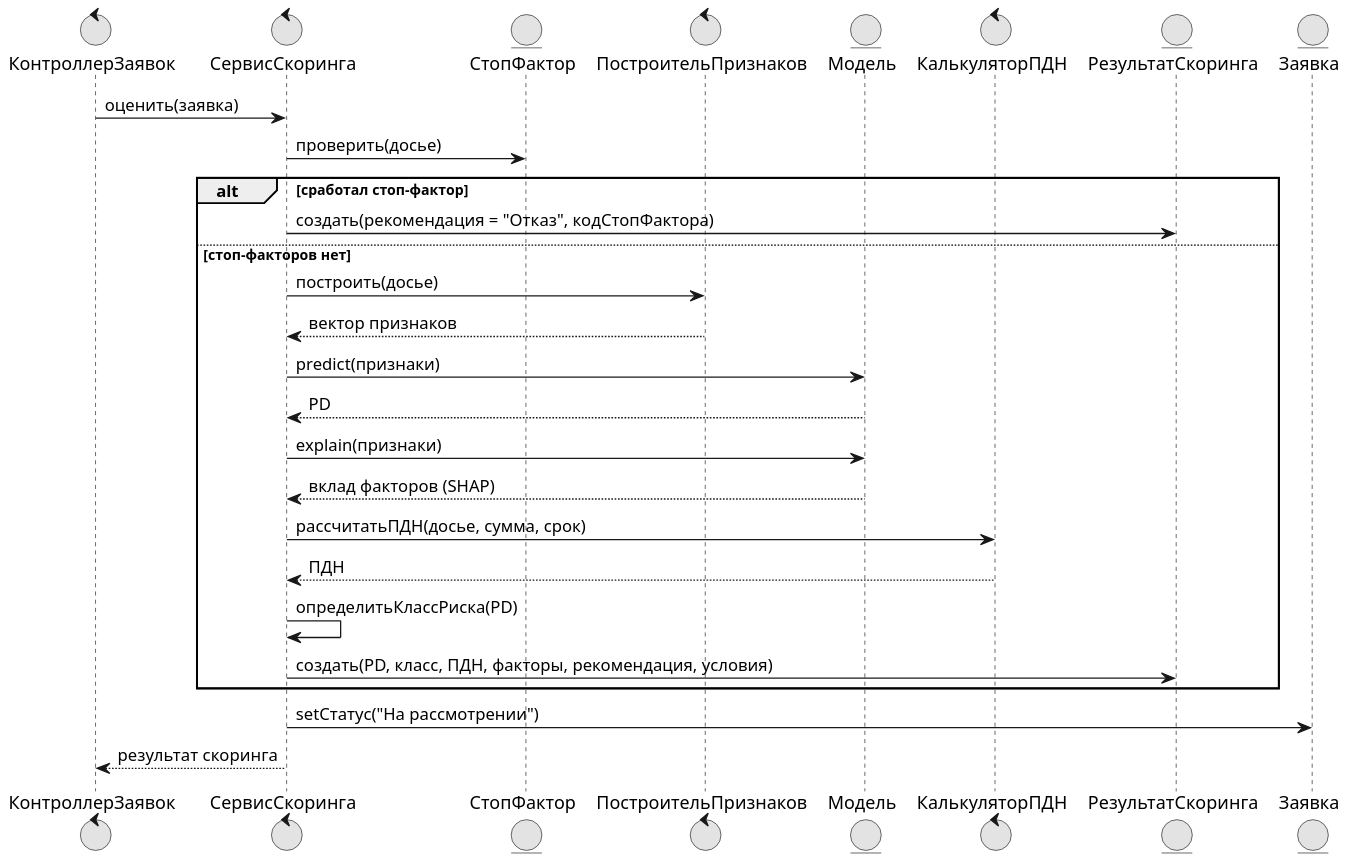
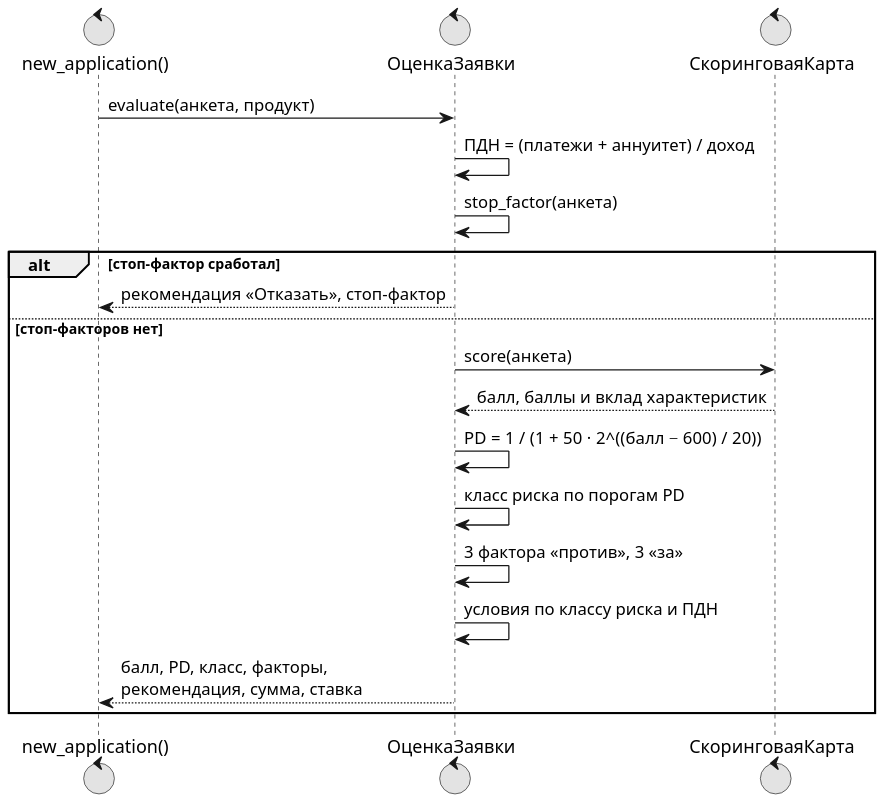
The diagram in diagrams/uml_seq_1.puml (DarkSwordman999/credit-scoring-dss), drawn with PlantUML before and after one commit. The commit also changed 51 other files, not shown here.

Commit message:
Отчёты ПР 1-10 и диаграммы пересобраны под базовую редакцию

```diff
--- a/diagrams/uml_seq_1.puml
+++ b/diagrams/uml_seq_1.puml
@@ -1,33 +1,24 @@
 @startuml
 !pragma layout smetana
 skinparam dpi 150
 skinparam defaultFontName Arial
 skinparam shadowing false
 skinparam monochrome true
-control "КонтроллерЗаявок" as C
-control "СервисСкоринга" as S
-entity "СтопФактор" as SF
-control "ПостроительПризнаков" as FB
-entity "Модель" as M
-control "КалькуляторПДН" as P
-entity "РезультатСкоринга" as R
-entity "Заявка" as AP
-C -> S : оценить(заявка)
-S -> SF : проверить(досье)
-alt сработал стоп-фактор
-  S -> R : создать(рекомендация = "Отказ", кодСтопФактора)
+control "new_application()" as C
+control "ОценкаЗаявки" as L
+control "СкоринговаяКарта" as S
+L <- C : evaluate(анкета, продукт)
+L -> L : ПДН = (платежи + аннуитет) / доход
+L -> L : stop_factor(анкета)
+alt стоп-фактор сработал
+  L --> C : рекомендация «Отказать», стоп-фактор
 else стоп-факторов нет
-  S -> FB : построить(досье)
-  FB --> S : вектор признаков
-  S -> M : predict(признаки)
-  M --> S : PD
-  S -> M : explain(признаки)
-  M --> S : вклад факторов (SHAP)
-  S -> P : рассчитатьПДН(досье, сумма, срок)
-  P --> S : ПДН
-  S -> S : определитьКлассРиска(PD)
-  S -> R : создать(PD, класс, ПДН, факторы, рекомендация, условия)
+  L -> S : score(анкета)
+  S --> L : балл, баллы и вклад характеристик
+  L -> L : PD = 1 / (1 + 50 · 2^((балл − 600) / 20))
+  L -> L : класс риска по порогам PD
+  L -> L : 3 фактора «против», 3 «за»
+  L -> L : условия по классу риска и ПДН
+  L --> C : балл, PD, класс, факторы,\nрекомендация, сумма, ставка
 end
-S -> AP : setСтатус("На рассмотрении")
-S --> C : результат скоринга
 @enduml
```
